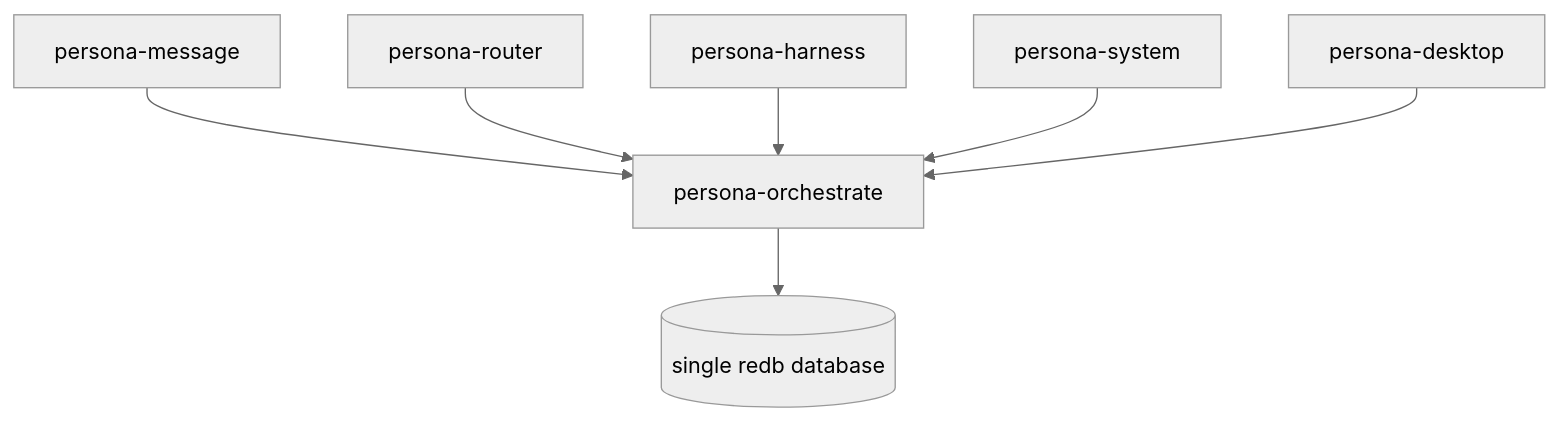
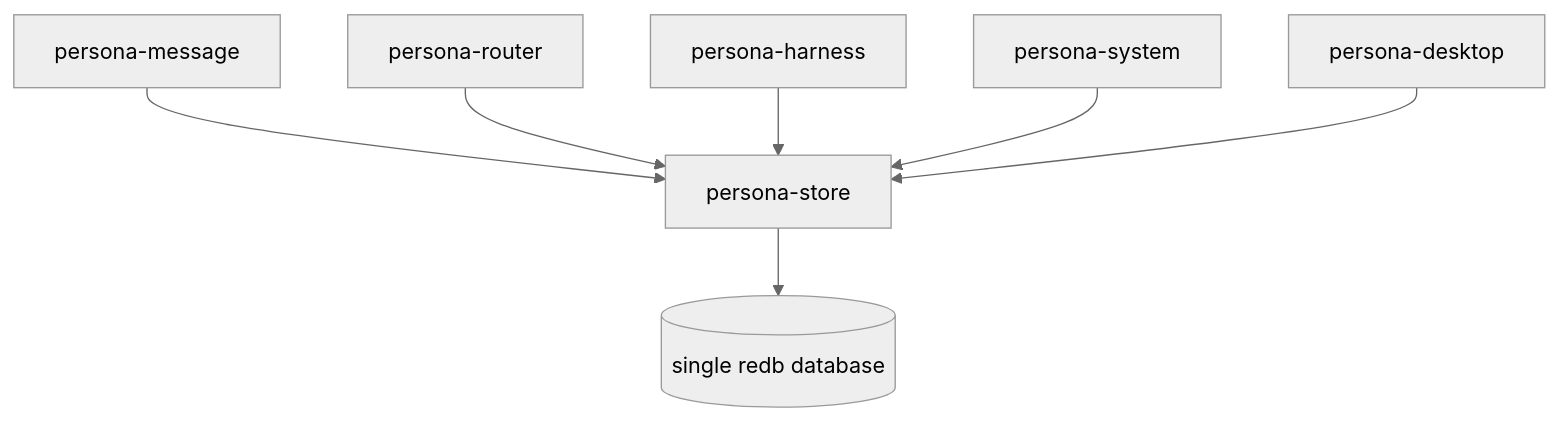
One commit to LiGoldragon/primary changed the fourth of 16 diagrams in reports/operator/9-persona-message-router-architecture.md. Above: the diagram before and after it, drawn with Mermaid (neutral theme). The commit also changed other lines of this file and 1 other file, not shown here.

Commit message:
address Persona router architecture audit

````diff
--- a/reports/operator/9-persona-message-router-architecture.md
+++ b/reports/operator/9-persona-message-router-architecture.md
@@ -143,17 +150,17 @@
 ```mermaid
 flowchart TB
     message["persona-message"]
     router["persona-router"]
     harness["persona-harness"]
     system["persona-system"]
     desktop["persona-desktop"]
-    orchestrate["persona-orchestrate"]
+    pstore["persona-store"]
     db[("single redb database")]
 
-    message --> orchestrate
-    router --> orchestrate
-    harness --> orchestrate
-    system --> orchestrate
-    desktop --> orchestrate
-    orchestrate --> db
+    message --> pstore
+    router --> pstore
+    harness --> pstore
+    system --> pstore
+    desktop --> pstore
+    pstore --> db
 ```
````
